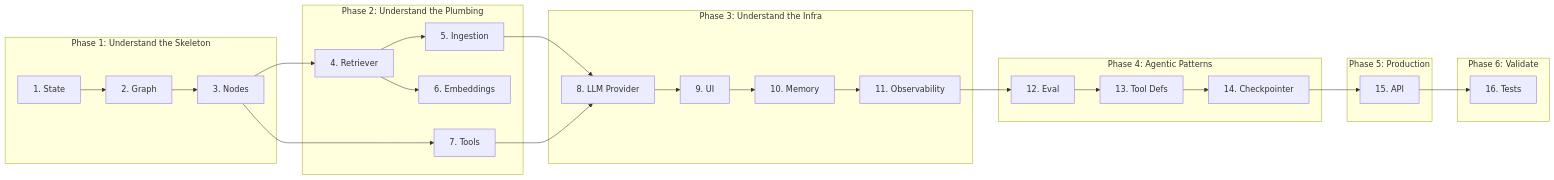
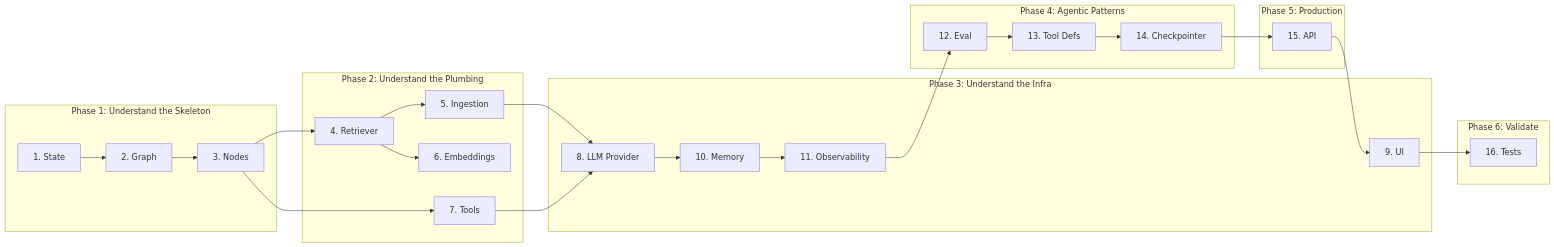
One commit to SurajNehate/Qa_Agent_FS changed the diagram in docs/LEARNING_PATH.md. Above: the diagram before and after it, drawn with Mermaid. The commit also changed other lines of this file and 7 other files, not shown here.

````diff
--- a/docs/LEARNING_PATH.md
+++ b/docs/LEARNING_PATH.md
@@ -10,47 +10,47 @@
 ```mermaid
 flowchart LR
     subgraph "Phase 1: Understand the Skeleton"
         S[1. State] --> G[2. Graph]
         G --> N[3. Nodes]
     end
 
     subgraph "Phase 2: Understand the Plumbing"
         R[4. Retriever] --> I[5. Ingestion]
         R --> E[6. Embeddings]
         T[7. Tools]
     end
 
     subgraph "Phase 3: Understand the Infra"
         L[8. LLM Provider]
         U[9. UI]
         M[10. Memory]
         O[11. Observability]
     end
 
     subgraph "Phase 4: Agentic Patterns"
         EV[12. Eval]
         TD[13. Tool Defs]
         CK[14. Checkpointer]
     end
 
     subgraph "Phase 5: Production"
         AP[15. API]
     end
 
     subgraph "Phase 6: Validate"
         X[16. Tests]
     end
 
     N --> R
     N --> T
     I --> L
     T --> L
-    L --> U
-    U --> M
+    L --> M
     M --> O
     O --> EV
     EV --> TD
     TD --> CK
     CK --> AP
-    AP --> X
+    AP --> U
+    U --> X
 ```
````
